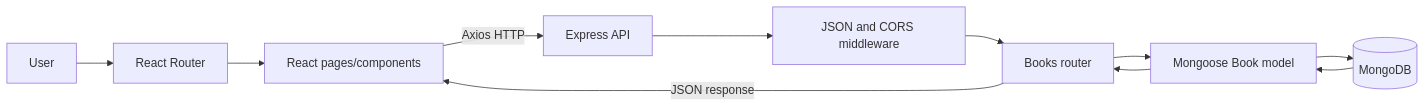
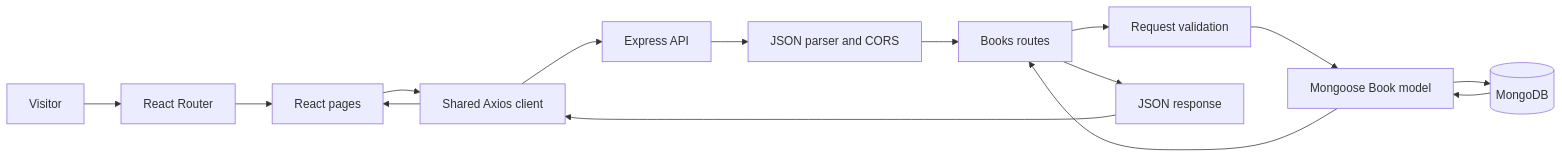
Before and after one commit to Brajesh31/Anime-Book-Store: the first of 4 diagrams in README.md, drawn with Mermaid. The commit also changed other lines of this file and 2 other files, not shown here.

````diff
--- a/README.md
+++ b/README.md
@@ -97,12 +127,15 @@
 ```mermaid
 flowchart LR
- U[User] --> R[React Router]
- R --> P[React pages/components]
- P -->|Axios HTTP| E[Express API]
- E --> MW[JSON and CORS middleware]
- MW --> B[Books router]
- B --> M[Mongoose Book model]
- M --> DB[(MongoDB)]
- DB --> M --> B
- B -->|JSON response| P
+ Visitor[Visitor] --> Router[React Router]
+ Router --> Pages[React pages]
+ Pages --> Client[Shared Axios client]
+ Client --> Express[Express API]
+ Express --> Middleware[JSON parser and CORS]
+ Middleware --> Routes[Books routes]
+ Routes --> Validator[Request validation]
+ Validator --> Model[Mongoose Book model]
+ Model --> Mongo[(MongoDB)]
+ Mongo --> Model --> Routes
+ Routes --> Response[JSON response]
+ Response --> Client --> Pages
 ```
````
